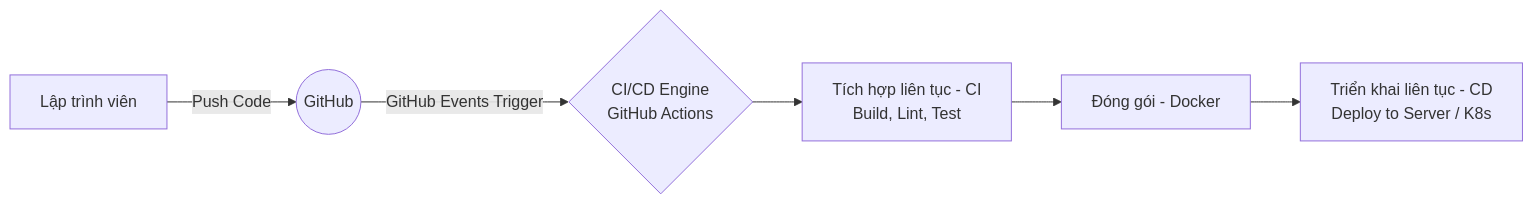
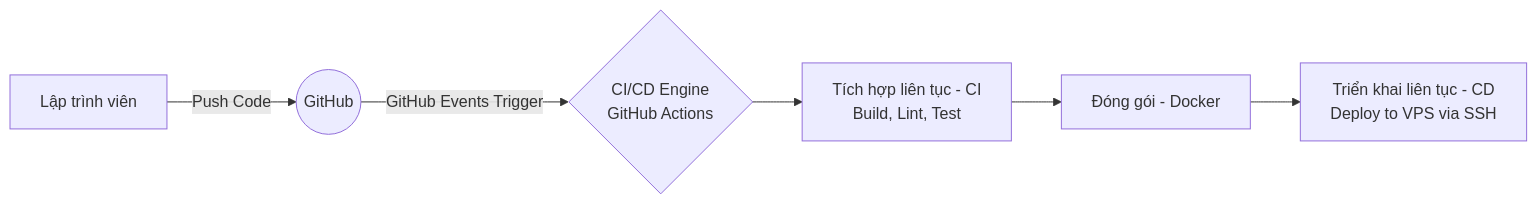
The first of 2 diagrams in documents/ci_cd_github_action/lý thuyết/1_ly_thuyet_cicd.md (Yamaaaaaaaa/VDT_miniproject_TranscriptHub), drawn with Mermaid before and after one commit. The commit also changed other lines of this file and 8 other files, not shown here.

````diff
--- a/documents/ci_cd_github_action/lý thuyết/1_ly_thuyet_cicd.md
+++ b/documents/ci_cd_github_action/lý thuyết/1_ly_thuyet_cicd.md
@@ -11,8 +11,8 @@
 ```mermaid
 graph LR
     A[Lập trình viên] -- Push Code --> B((GitHub))
     B -- GitHub Events Trigger --> C{CI/CD Engine <br> GitHub Actions}
     C --> D[Tích hợp liên tục - CI <br> Build, Lint, Test]
     D --> E[Đóng gói - Docker]
-    E --> F[Triển khai liên tục - CD <br> Deploy to Server / K8s]
+    E --> F[Triển khai liên tục - CD <br> Deploy to VPS via SSH]
 ```
````
